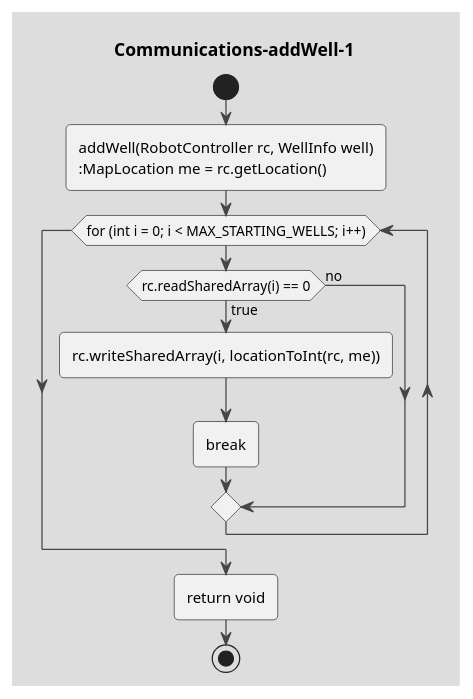
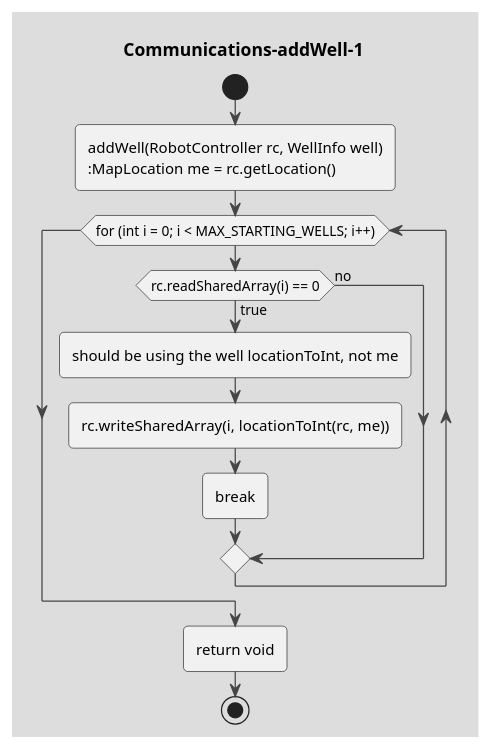
The diagram in drawings/Communications-addWell-1.puml (coding-to-music/plantuml-diagram-examples), drawn with PlantUML before and after one commit. The commit also changed 3 other files, not shown here.

```diff
--- a/drawings/Communications-addWell-1.puml
+++ b/drawings/Communications-addWell-1.puml
@@ -1,49 +1,50 @@
 @startuml Communications-addWell-1a
 !theme toy 
 title Communications-addWell-1
 start
 
 ' :from part 1; 
 
 ' static void addWell(RobotController rc, WellInfo well) throws GameActionException {
 ' Boolean printToConsole = false;
 ' Boolean sometimesTrue = false;
 
 ' // logDetails = rc.getTeam() + ":"
 ' // + rc.getType() + "#" 
 ' // + rc.getID()  
 ' logDetails = " Health: " + rc.getHealth()  
 ' + " Location: " + rc.getLocation()
 ' + " RobotCount: " + rc.getRobotCount()
 ' + " AD: " + rc.getResourceAmount(ResourceType.ADAMANTIUM) 
 ' + " MN: " + rc.getResourceAmount(ResourceType.MANA)  
 ' + " EX: " + rc.getResourceAmount(ResourceType.ELIXIR)
 ' // + " getClosestEnemy: " + Communication.getClosestEnemy(rc)  
 ' + " NumAnchors: " + rc.getNumAnchors(Anchor.STANDARD);   
 
 ' anotherString = logDetails;
 
 ' if (printToConsole || sometimesTrue) {
 '     System.out.println(logDetails + " 440 addWell " );
 ' }
 
 :addWell(RobotController rc, WellInfo well)
 :MapLocation me = rc.getLocation();
 while (for (int i = 0; i < MAX_STARTING_WELLS; i++)) 
     if (rc.readSharedArray(i) == 0) then (true)
+        :should be using the well locationToInt, not me;
         :rc.writeSharedArray(i, locationToInt(rc, me));
         :break;
     else (no)
     endif
 endwhile
 
         ' if (printToConsole || sometimesTrue) {
         '     anotherString = logDetails + " 441 addWell " + "rc.writeSharedArray i = " + i + " locationToInt(rc, me) = " + locationToInt(rc, me) + " intToLocation(rc, i) = " + intToLocation(rc, locationToInt(rc, me));
         '     System.out.println(anotherString );
         ' }        
 '     }
 ' }
 
 :return void; 
 stop
 @enduml
```
